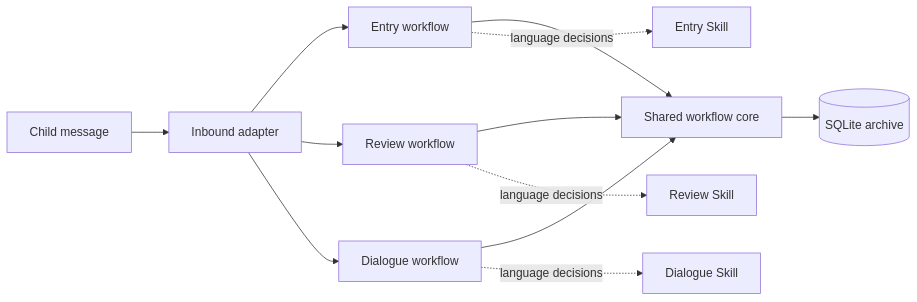
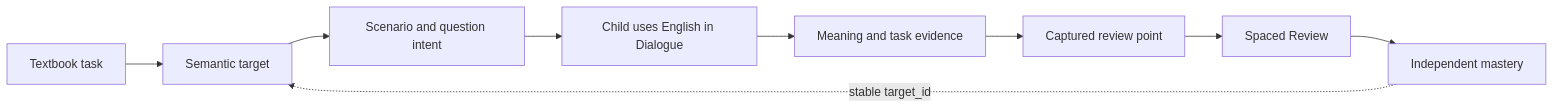
One commit to bin448482/dada-study-review changed the first of 2 diagrams in README.md. Above: the diagram before and after it, drawn with Mermaid. The commit also changed other lines of this file, not shown here.

Commit message:
docs: explain product principles and dialogue workflow

````diff
--- a/README.md
+++ b/README.md
@@ -21,14 +60,11 @@
 ```mermaid
 flowchart LR
-  child[Child message] --> hook[Inbound adapter]
-  hook --> entry[Entry workflow]
-  hook --> review[Review workflow]
-  hook --> dialogue[Dialogue workflow]
-  entry --> core[Shared workflow core]
-  review --> core
-  dialogue --> core
-  core --> db[(SQLite archive)]
-  entry -. language decisions .-> entrySkill[Entry Skill]
-  review -. language decisions .-> reviewSkill[Review Skill]
-  dialogue -. language decisions .-> dialogueSkill[Dialogue Skill]
+  source[Textbook task] --> target[Semantic target]
+  target --> scenario[Scenario and question intent]
+  scenario --> dialogue[Child uses English in Dialogue]
+  dialogue --> evidence[Meaning and task evidence]
+  evidence --> capture[Captured review point]
+  capture --> review[Spaced Review]
+  review --> mastery[Independent mastery]
+  mastery -. stable target_id .-> target
 ```
````
